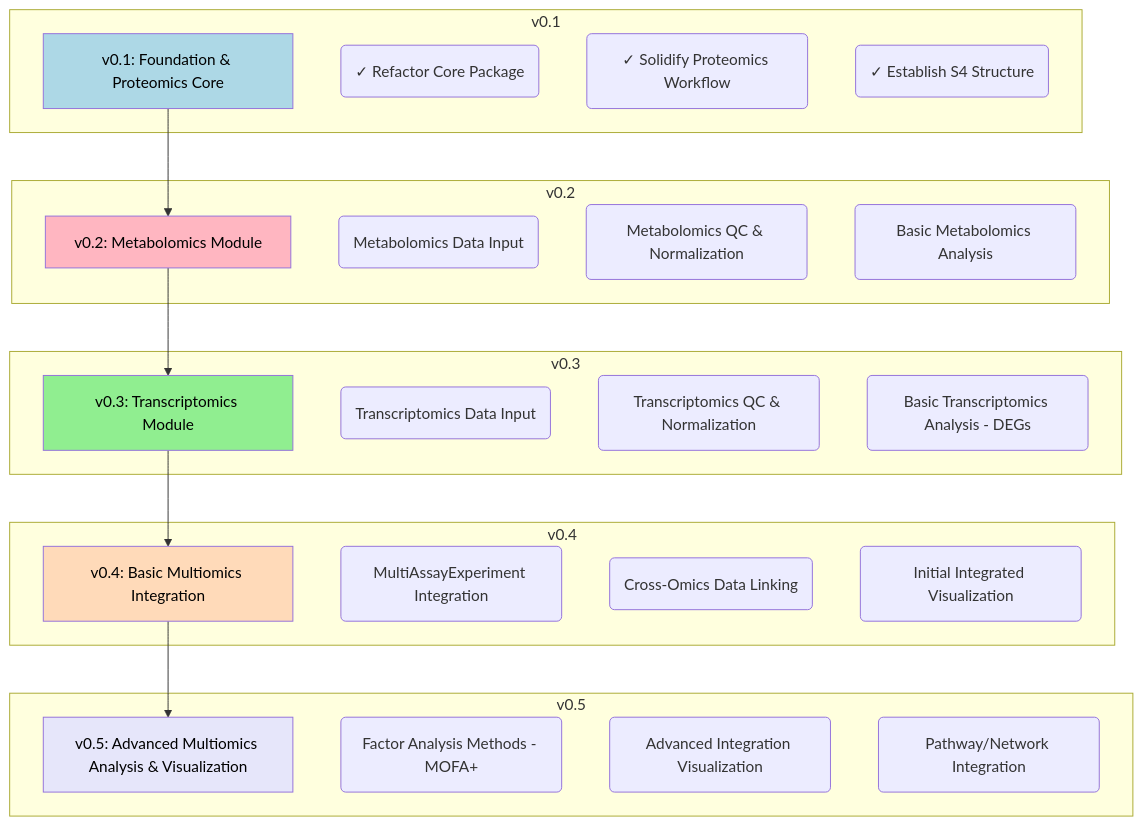
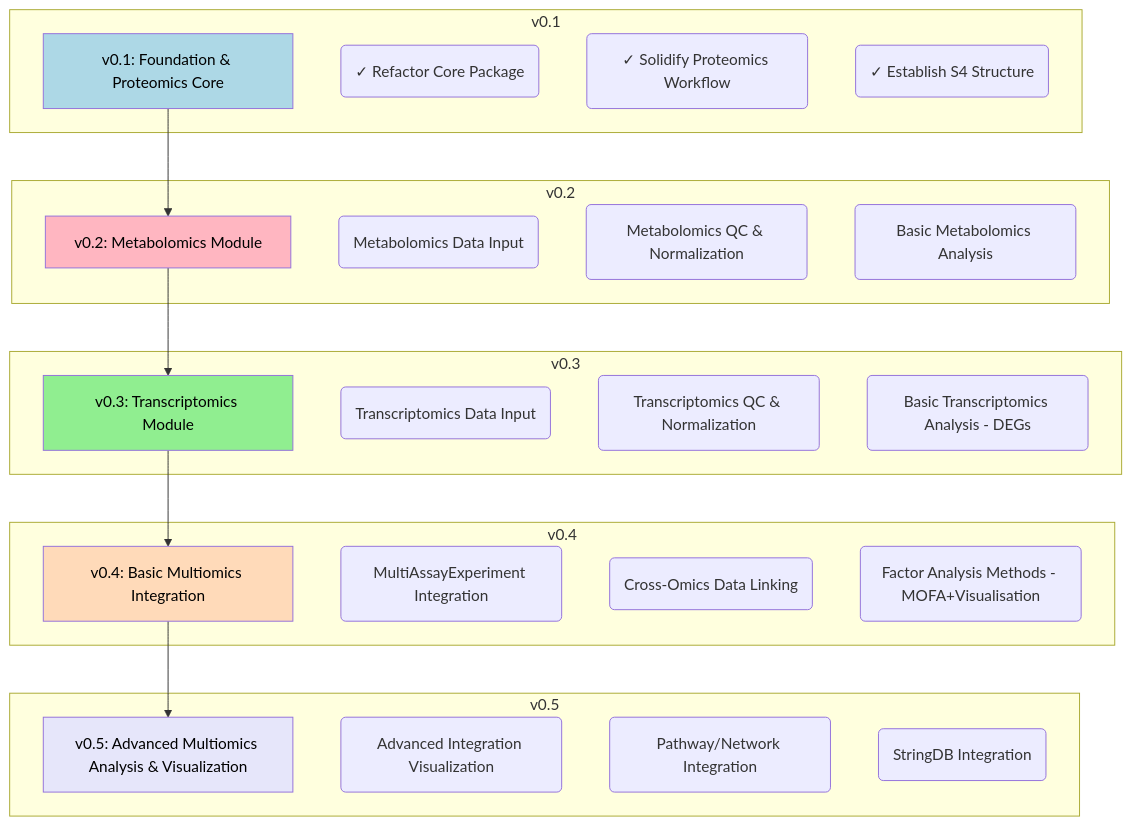
One commit to APAF-bioinformatics/MultiScholaR changed the diagram in README.md. Above: the diagram before and after it, drawn with Mermaid. The commit also changed other lines of this file, not shown here.

Commit message:
readme update

````diff
--- a/README.md
+++ b/README.md
@@ -21,44 +27,44 @@
 ```mermaid
 graph TD
     A[v0.1: Foundation & Proteomics Core] --> B[v0.2: Metabolomics Module];
     B --> C[v0.3: Transcriptomics Module];
     C --> D[v0.4: Basic Multiomics Integration];
     D --> E[v0.5: Advanced Multiomics Analysis & Visualization];
 
     subgraph "v0.1"
         A
         A1(✓ Refactor Core Package)
         A2(✓ Solidify Proteomics Workflow)
         A3(✓ Establish S4 Structure)
     end
     subgraph "v0.2"
         B
         B1(Metabolomics Data Input)
         B2(Metabolomics QC & Normalization)
         B3(Basic Metabolomics Analysis)
     end
     subgraph "v0.3"
         C
         C1(Transcriptomics Data Input)
         C2(Transcriptomics QC & Normalization)
         C3(Basic Transcriptomics Analysis - DEGs)
     end
      subgraph "v0.4"
         D
         D1(MultiAssayExperiment Integration)
         D2(Cross-Omics Data Linking)
-        D3(Initial Integrated Visualization)
+        D3(Factor Analysis Methods - MOFA+Visualisation)
     end
      subgraph "v0.5"
         E
-        E1(Factor Analysis Methods - MOFA+)
-        E2(Advanced Integration Visualization)
-        E3(Pathway/Network Integration)
+        E1(Advanced Integration Visualization)
+        E2(Pathway/Network Integration)
+        E3(StringDB Integration)
     end
 
     style A fill:#ADD8E6,color:#000000
     style B fill:#FFB6C1,color:#000000
     style C fill:#90EE90,color:#000000
     style D fill:#FFDAB9,color:#000000
     style E fill:#E6E6FA,color:#000000
 ```
````
